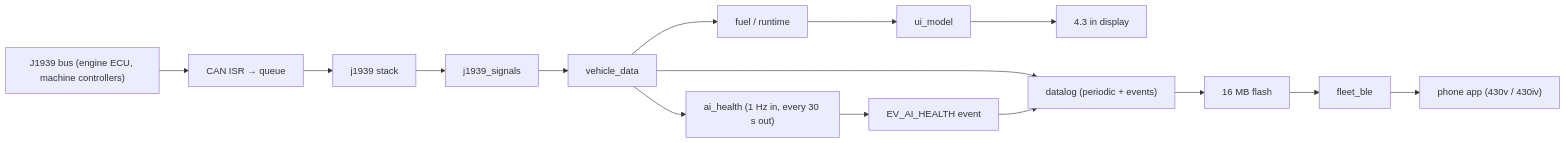
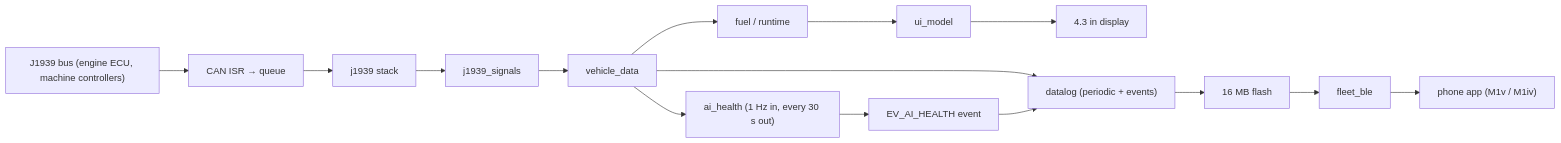
Before and after one commit to Raul-dot-valdez/max: the second of 2 diagrams in firmware/mower-hmi/docs/firmware_architecture_1.md, drawn with Mermaid. The commit also changed other lines of this file and 37 other files, not shown here.

````diff
--- a/firmware/mower-hmi/docs/firmware_architecture_1.md
+++ b/firmware/mower-hmi/docs/firmware_architecture_1.md
@@ -76,10 +76,10 @@
 ```mermaid
 flowchart LR
   CAN1["J1939 bus (engine ECU, machine controllers)"] --> RX["CAN ISR → queue"]
   RX --> J1939["j1939 stack"] --> DEC["j1939_signals"] --> VD["vehicle_data"]
   VD --> FR["fuel / runtime"] --> UI["ui_model"] --> LCD["4.3 in display"]
   VD --> AIH["ai_health (1 Hz in, every 30 s out)"] --> EV["EV_AI_HEALTH event"]
   VD --> LOG["datalog (periodic + events)"] --> NOR["16 MB flash"]
-  NOR --> BLEX["fleet_ble"] --> PHONE["phone app (430v / 430iv)"]
+  NOR --> BLEX["fleet_ble"] --> PHONE["phone app (M1v / M1iv)"]
   EV --> LOG
 ```
````
